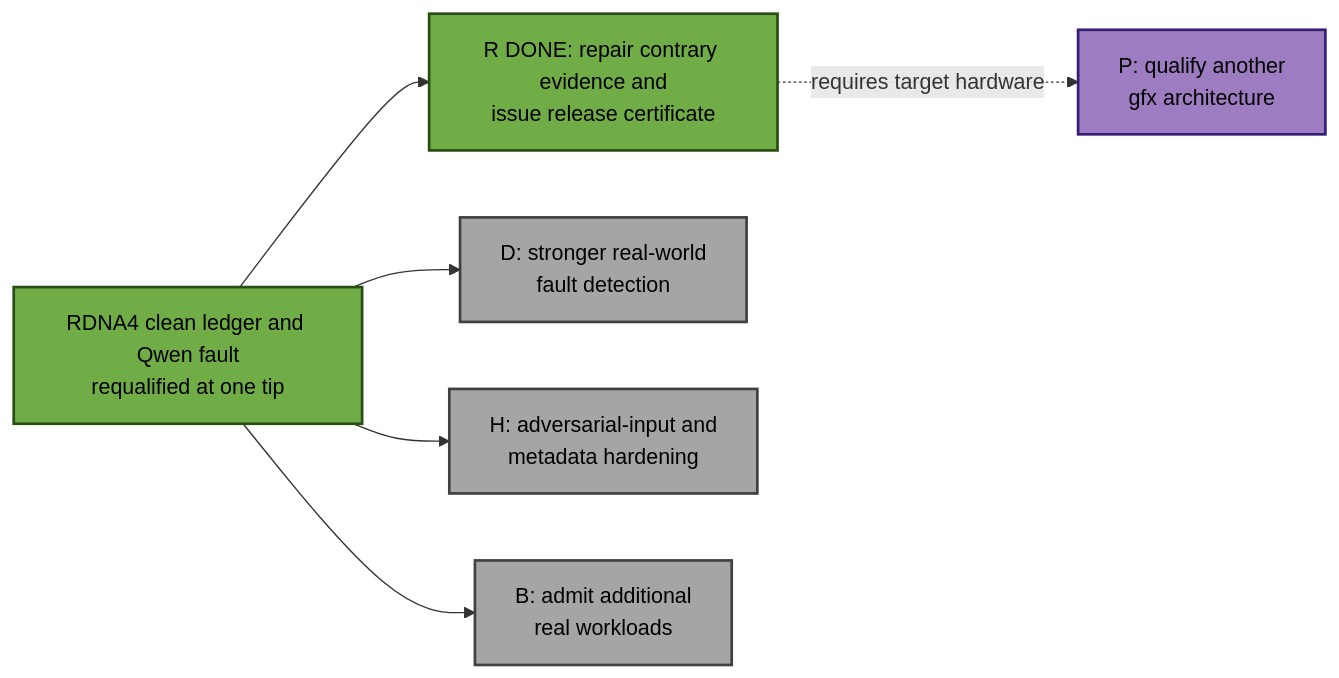
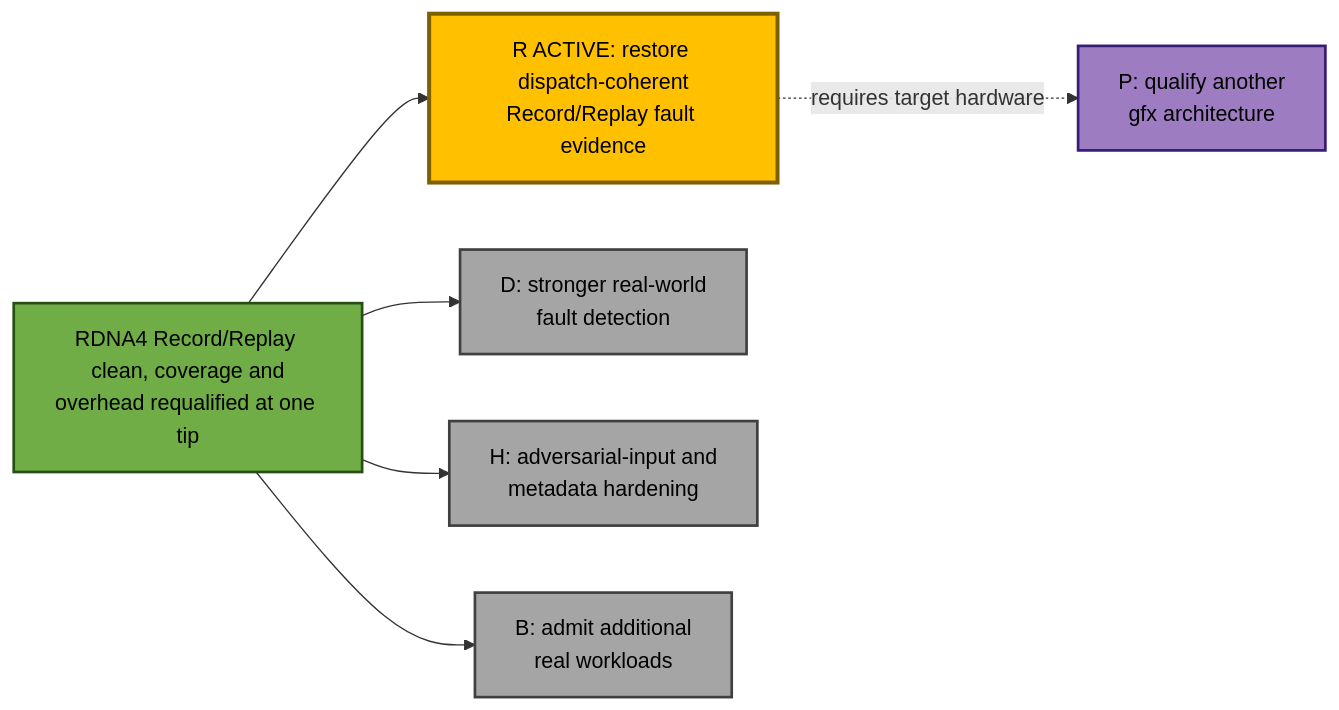
The second of 7 diagrams in emulation/rocjitsu/docs/consan/FUTURE_WORK.md (ROCm/rocm-systems), drawn with Mermaid before and after one commit. The commit also changed other lines of this file and 5 other files, not shown here.

Commit message:
docs: reconcile RDNA4 Record/Replay qualification

````diff
--- a/emulation/rocjitsu/docs/consan/FUTURE_WORK.md
+++ b/emulation/rocjitsu/docs/consan/FUTURE_WORK.md
@@ -37,20 +39,20 @@
 ```mermaid
 flowchart LR
-  S["RDNA4 clean ledger and Qwen fault<br/>requalified at one tip"]:::done
-  R["R DONE: repair contrary evidence and<br/>issue release certificate"]:::done
+  S["RDNA4 Record/Replay clean, coverage and<br/>overhead requalified at one tip"]:::done
+  R["R ACTIVE: restore dispatch-coherent<br/>Record/Replay fault evidence"]:::active
   D["D: stronger real-world<br/>fault detection"]:::todo
   H["H: adversarial-input and<br/>metadata hardening"]:::todo
   B["B: admit additional<br/>real workloads"]:::todo
   P["P: qualify another<br/>gfx architecture"]:::deferred
 
   S --> R
   S --> D
   S --> H
   S --> B
   R -. requires target hardware .-> P
 
   classDef done fill:#70ad47,stroke:#274e13,stroke-width:2px,color:#000;
   classDef active fill:#ffc000,stroke:#7f6000,stroke-width:3px,color:#000;
   classDef todo fill:#a5a5a5,stroke:#404040,stroke-width:2px,color:#000;
   classDef deferred fill:#9e7cc1,stroke:#351c75,stroke-width:2px,color:#000;
 ```
````
